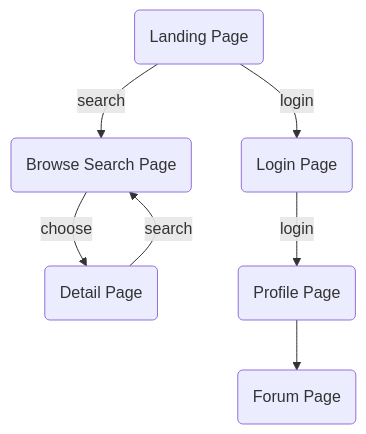
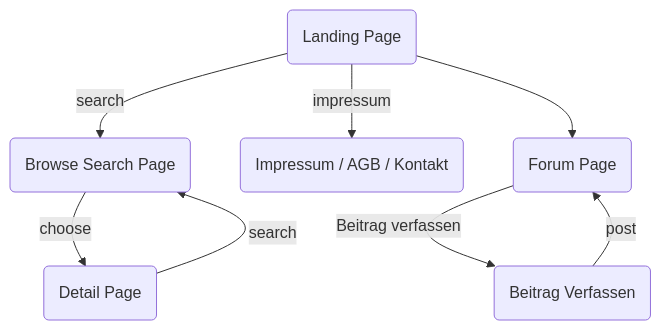
One commit to ysedsy/Webanwendungen changed the diagram in Präsentation/Seitenaufbau.md. Above: the diagram before and after it, drawn with Mermaid.

Commit message:
Seitenaufbau

````diff
--- a/Präsentation/Seitenaufbau.md
+++ b/Präsentation/Seitenaufbau.md
@@ -1,9 +1,10 @@
 ```mermaid
 graph TD
 A(Landing Page) -- search --> B(Browse Search Page)
+A -- impressum --> Z(Impressum / AGB / Kontakt)
 B -- choose --> C(Detail Page)
 C -- search --> B
-A -- login --> D(Login Page)
-D -- login --> E(Profile Page)
-E --> F(Forum Page)
+A --> F(Forum Page)
+F -- Beitrag verfassen --> G(Beitrag Verfassen)
+G -- post --> F
 ```
````
